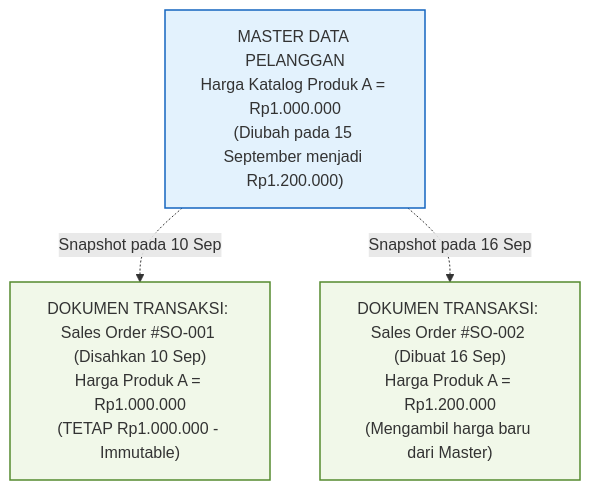
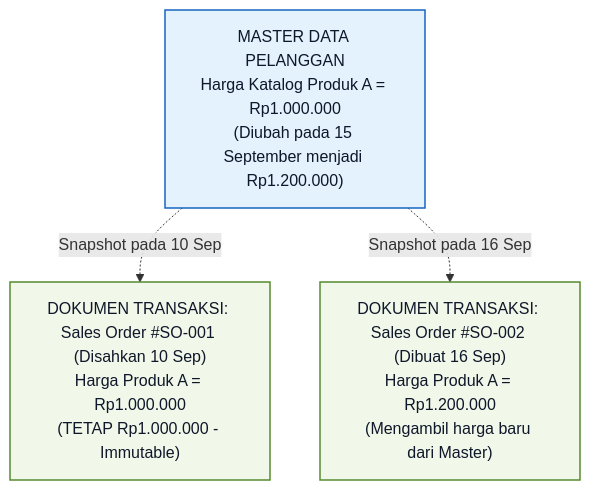
Before and after one commit to alimurrofid/erp-notes: the second of 2 diagrams in content/03-sales/customer-and-sales-master-data.md, drawn with Mermaid. The commit also changed 15 other files, not shown here.

Commit message:
fix(content):Mermaid classDef darkmode text color

````diff
--- a/content/03-sales/customer-and-sales-master-data.md
+++ b/content/03-sales/customer-and-sales-master-data.md
@@ -115,15 +115,15 @@
 ```mermaid
 flowchart TD
     M1["MASTER DATA PELANGGAN<br/>Harga Katalog Produk A = Rp1.000.000<br/>(Diubah pada 15 September menjadi Rp1.200.000)"]
 
     T1["DOKUMEN TRANSAKSI: Sales Order #SO-001 (Disahkan 10 Sep)<br/>Harga Produk A = Rp1.000.000<br/>(TETAP Rp1.000.000 - Immutable)"]
     T2["DOKUMEN TRANSAKSI: Sales Order #SO-002 (Dibuat 16 Sep)<br/>Harga Produk A = Rp1.200.000<br/>(Mengambil harga baru dari Master)"]
 
     M1 -.->|Snapshot pada 10 Sep| T1
     M1 -.->|Snapshot pada 16 Sep| T2
 
-    classDef master fill:#e3f2fd,stroke:#1565c0,stroke-width:1.5px;
-    classDef trans fill:#f1f8e9,stroke:#558b2f,stroke-width:1.5px;
+    classDef master fill:#e3f2fd,stroke:#1565c0,stroke-width:1.5px,color:#0f172a;
+    classDef trans fill:#f1f8e9,stroke:#558b2f,stroke-width:1.5px,color:#0f172a;
     class M1 master;
     class T1,T2 trans;
 ```
````
